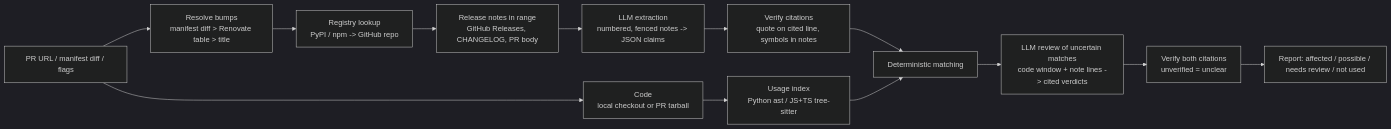
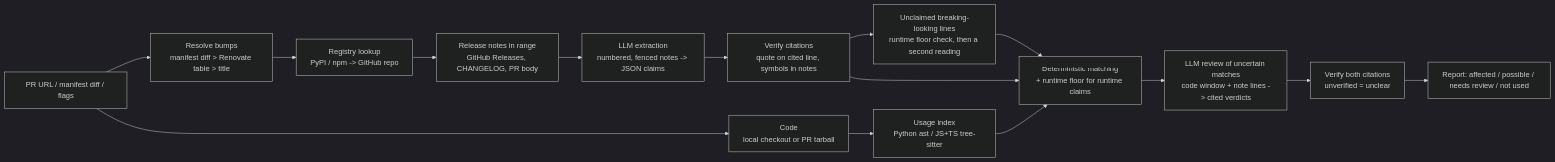
Before and after one commit to xeeshan16/upgrade-impact: the diagram in README.md, drawn with Mermaid (dark theme). The commit also changed other lines of this file and 4 other files, not shown here.

````diff
--- a/README.md
+++ b/README.md
@@ -102,15 +103,17 @@
 ```mermaid
 flowchart LR
   PR[PR URL / manifest diff / flags] --> B[Resolve bumps<br/>manifest diff > Renovate table > title]
   B --> R[Registry lookup<br/>PyPI / npm -> GitHub repo]
   R --> N[Release notes in range<br/>GitHub Releases, CHANGELOG, PR body]
   N --> X[LLM extraction<br/>numbered, fenced notes -> JSON claims]
   X --> V[Verify citations<br/>quote on cited line, symbols in notes]
   PR --> C[Code<br/>local checkout or PR tarball]
   C --> I[Usage index<br/>Python ast / JS+TS tree-sitter]
-  V --> M[Deterministic matching]
+  V --> U[Unclaimed breaking-looking lines<br/>runtime floor check, then a second reading]
+  U --> M[Deterministic matching<br/>+ runtime floor for runtime claims]
+  V --> M
   I --> M
   M --> A[LLM review of uncertain matches<br/>code window + note lines -> cited verdicts]
   A --> W[Verify both citations<br/>unverified = unclear]
   W --> O[Report: affected / possible / needs review / not used]
 ```
````
